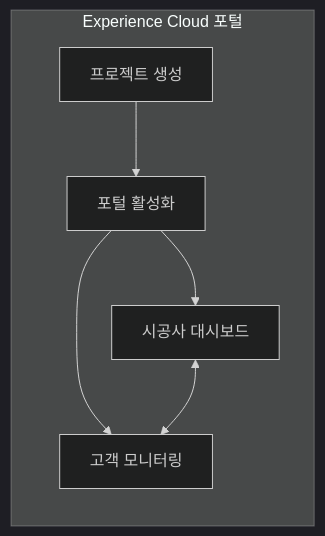
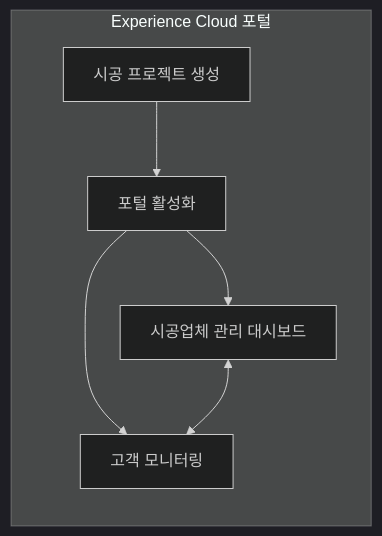
Before and after one commit to WJY-ador/Salesforce_Yashija_Project: the third of 4 diagrams in README.md, drawn with Mermaid (dark theme). The commit also changed other lines of this file, not shown here.

````diff
--- a/README.md
+++ b/README.md
@@ -106,9 +107,9 @@
 ```mermaid
 flowchart LR
     subgraph "Experience Cloud 포털"
-        A[프로젝트 생성] --> B[포털 활성화]
-        B --> C[시공사 대시보드]
+        A[시공 프로젝트 생성] --> B[포털 활성화]
+        B --> C[시공업체 관리 대시보드]
         B --> D[고객 모니터링]
         C <--> D
     end
 ```
````
